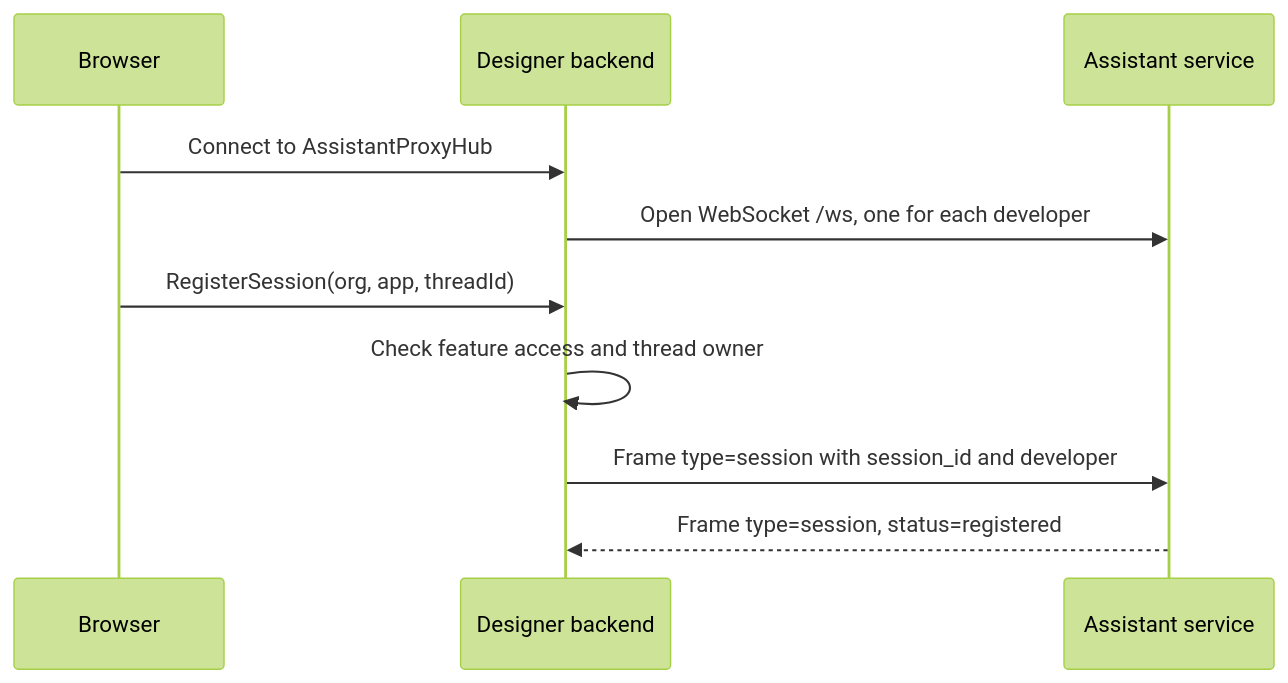
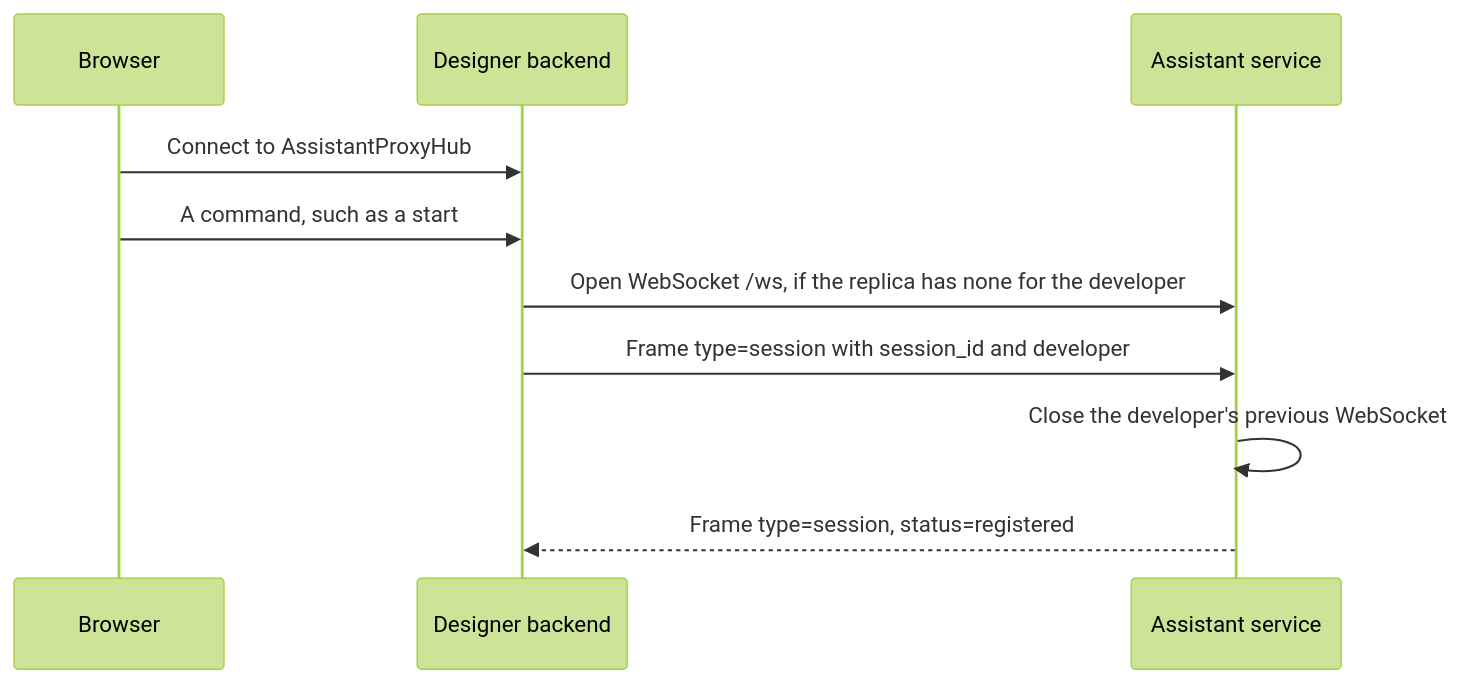
One commit to Altinn/altinn-studio changed the third of 9 diagrams in src/AI/assistant/docs/2-system-context.md. Above: the diagram before and after it, drawn with Mermaid (forest theme). The commit also changed other lines of this file and 60 other files, not shown here.

````diff
--- a/src/AI/assistant/docs/2-system-context.md
+++ b/src/AI/assistant/docs/2-system-context.md
@@ -40,12 +41,12 @@
 ```mermaid
 sequenceDiagram
   participant B as Browser
   participant D as Designer backend
   participant A as Assistant service
   B->>D: Connect to AssistantProxyHub
-  D->>A: Open WebSocket /ws, one for each developer
-  B->>D: RegisterSession(org, app, threadId)
-  D->>D: Check feature access and thread owner
+  B->>D: A command, such as a start
+  D->>A: Open WebSocket /ws, if the replica has none for the developer
   D->>A: Frame type=session with session_id and developer
+  A->>A: Close the developer's previous WebSocket
   A-->>D: Frame type=session, status=registered
 ```
````
